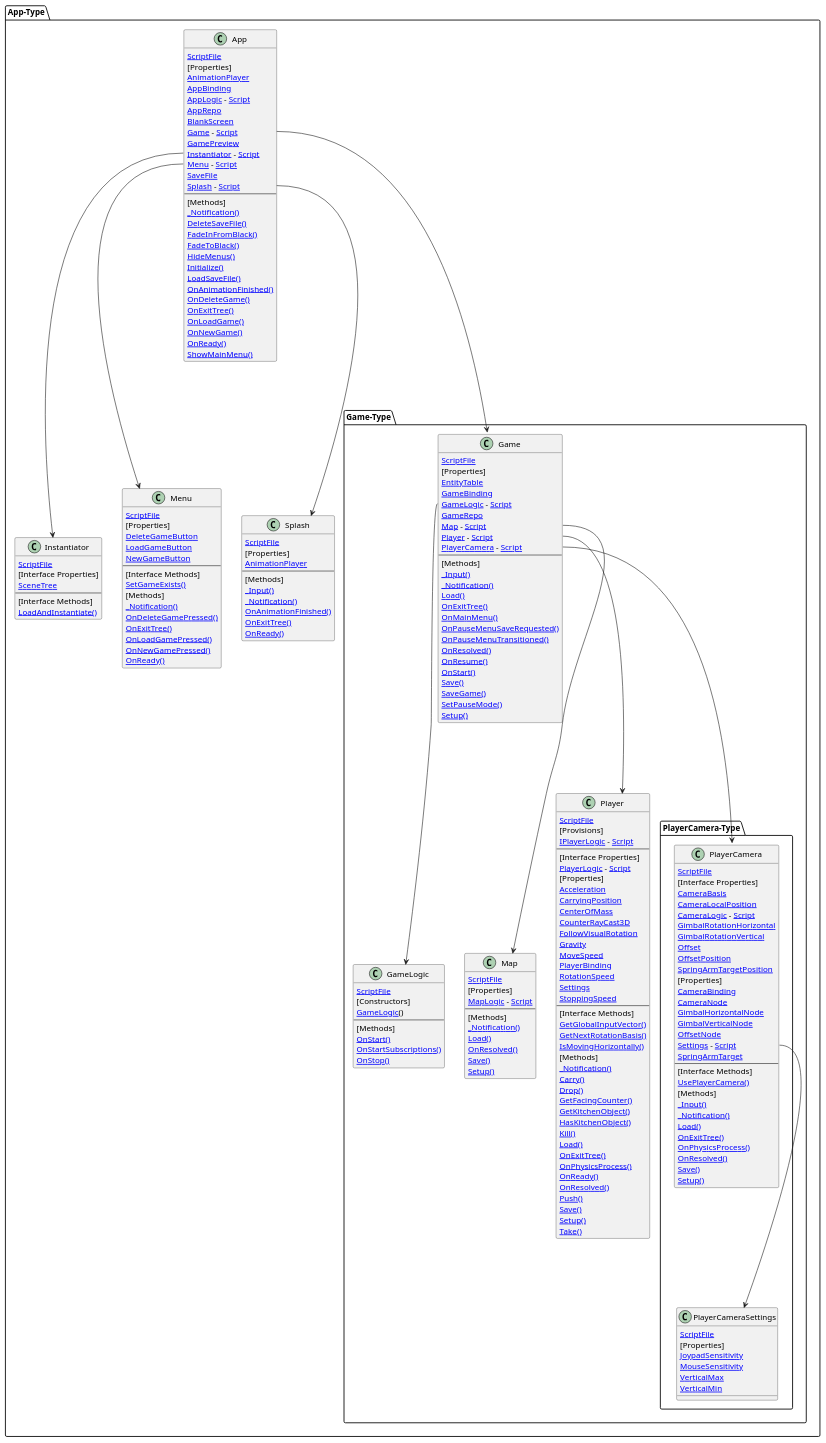
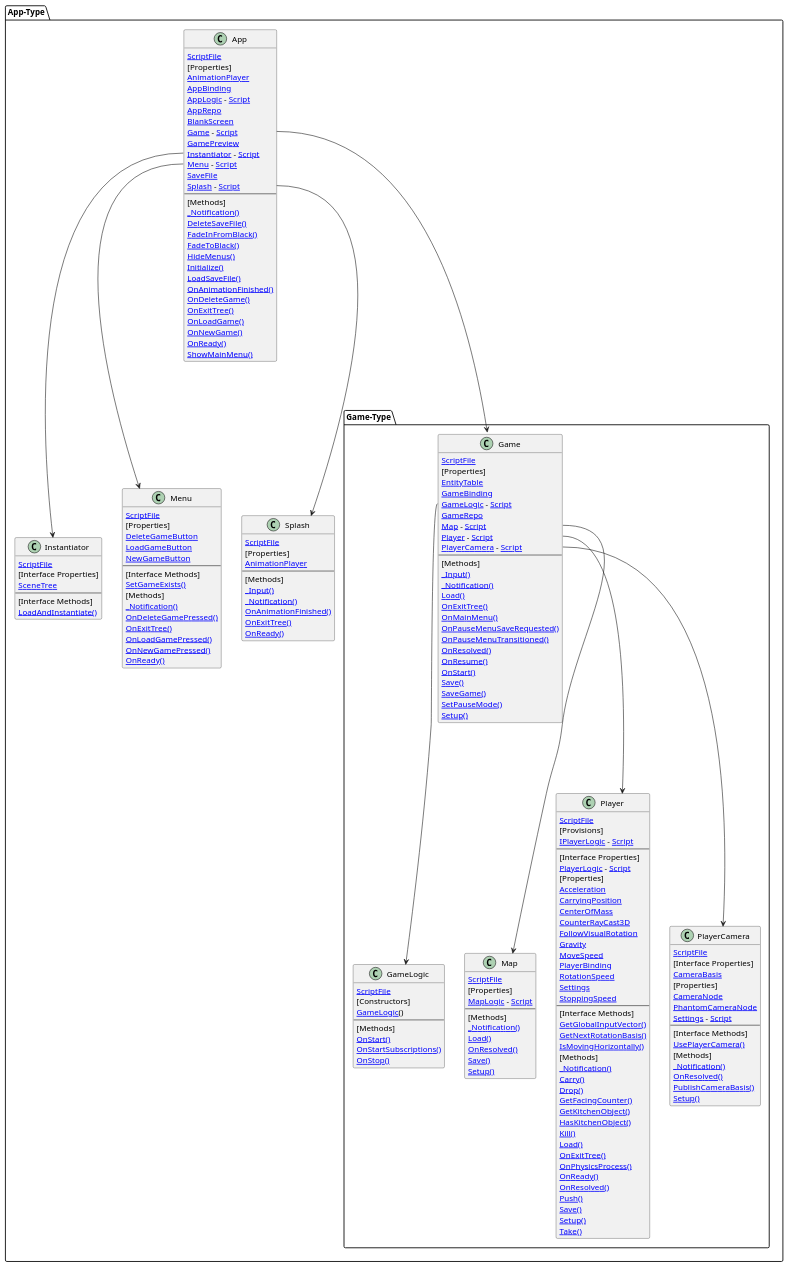
The diagram in src/app/App.g.puml (MaymeJetsoft/KitchenChaos), drawn with PlantUML before and after one commit. The commit also changed 29 other files, not shown here.

Commit message:
camera: replace origin camera by PhantomCamera

```diff
--- a/src/app/App.g.puml
+++ b/src/app/App.g.puml
@@ -37,28 +37,28 @@
             [[vscode://file/C:/Users/maxim/Documents/Godot/KitchenChaos/src/game/Game.cs ScriptFile]]
             [Properties]
             [[vscode://file/C:/Users/maxim/Documents/Godot/KitchenChaos/src/game/Game.cs:27 EntityTable]]
-            [[vscode://file/C:/Users/maxim/Documents/Godot/KitchenChaos/src/game/Game.cs:51 GameBinding]]
-            [[vscode://file/C:/Users/maxim/Documents/Godot/KitchenChaos/src/game/Game.cs:49 GameLogic]] - [[vscode://file/C:/Users/maxim/Documents/Godot/KitchenChaos/src/game/GameLogic.cs Script]]
-            [[vscode://file/C:/Users/maxim/Documents/Godot/KitchenChaos/src/game/Game.cs:48 GameRepo]]
-            [[vscode://file/C:/Users/maxim/Documents/Godot/KitchenChaos/src/game/Game.cs:59 Map]] - [[vscode://file/C:/Users/maxim/Documents/Godot/KitchenChaos/src/map/Map.cs Script]]
-            [[vscode://file/C:/Users/maxim/Documents/Godot/KitchenChaos/src/game/Game.cs:58 Player]] - [[vscode://file/C:/Users/maxim/Documents/Godot/KitchenChaos/src/player/Player.cs Script]]
-            [[vscode://file/C:/Users/maxim/Documents/Godot/KitchenChaos/src/game/Game.cs:57 PlayerCamera]] - [[vscode://file/C:/Users/maxim/Documents/Godot/KitchenChaos/src/player_camera/PlayerCamera.cs Script]]
+            [[vscode://file/C:/Users/maxim/Documents/Godot/KitchenChaos/src/game/Game.cs:49 GameBinding]]
+            [[vscode://file/C:/Users/maxim/Documents/Godot/KitchenChaos/src/game/Game.cs:47 GameLogic]] - [[vscode://file/C:/Users/maxim/Documents/Godot/KitchenChaos/src/game/GameLogic.cs Script]]
+            [[vscode://file/C:/Users/maxim/Documents/Godot/KitchenChaos/src/game/Game.cs:46 GameRepo]]
+            [[vscode://file/C:/Users/maxim/Documents/Godot/KitchenChaos/src/game/Game.cs:57 Map]] - [[vscode://file/C:/Users/maxim/Documents/Godot/KitchenChaos/src/map/Map.cs Script]]
+            [[vscode://file/C:/Users/maxim/Documents/Godot/KitchenChaos/src/game/Game.cs:56 Player]] - [[vscode://file/C:/Users/maxim/Documents/Godot/KitchenChaos/src/player/Player.cs Script]]
+            [[vscode://file/C:/Users/maxim/Documents/Godot/KitchenChaos/src/game/Game.cs:55 PlayerCamera]] - [[vscode://file/C:/Users/maxim/Documents/Godot/KitchenChaos/src/player_camera/PlayerCamera.cs Script]]
             --
             [Methods]
-            [[vscode://file/C:/Users/maxim/Documents/Godot/KitchenChaos/src/game/Game.cs:157 _Input()]]
+            [[vscode://file/C:/Users/maxim/Documents/Godot/KitchenChaos/src/game/Game.cs:155 _Input()]]
             [[vscode://file/C:/Users/maxim/Documents/Godot/KitchenChaos/src/game/Game.cs:20 _Notification()]]
-            [[vscode://file/C:/Users/maxim/Documents/Godot/KitchenChaos/src/game/Game.cs:37 Load()]]
-            [[vscode://file/C:/Users/maxim/Documents/Godot/KitchenChaos/src/game/Game.cs:186 OnExitTree()]]
-            [[vscode://file/C:/Users/maxim/Documents/Godot/KitchenChaos/src/game/Game.cs:165 OnMainMenu()]]
-            [[vscode://file/C:/Users/maxim/Documents/Godot/KitchenChaos/src/game/Game.cs:180 OnPauseMenuSaveRequested()]]
-            [[vscode://file/C:/Users/maxim/Documents/Godot/KitchenChaos/src/game/Game.cs:177 OnPauseMenuTransitioned()]]
-            [[vscode://file/C:/Users/maxim/Documents/Godot/KitchenChaos/src/game/Game.cs:99 OnResolved()]]
-            [[vscode://file/C:/Users/maxim/Documents/Godot/KitchenChaos/src/game/Game.cs:168 OnResume()]]
-            [[vscode://file/C:/Users/maxim/Documents/Godot/KitchenChaos/src/game/Game.cs:171 OnStart()]]
+            [[vscode://file/C:/Users/maxim/Documents/Godot/KitchenChaos/src/game/Game.cs:36 Load()]]
+            [[vscode://file/C:/Users/maxim/Documents/Godot/KitchenChaos/src/game/Game.cs:184 OnExitTree()]]
+            [[vscode://file/C:/Users/maxim/Documents/Godot/KitchenChaos/src/game/Game.cs:163 OnMainMenu()]]
+            [[vscode://file/C:/Users/maxim/Documents/Godot/KitchenChaos/src/game/Game.cs:178 OnPauseMenuSaveRequested()]]
+            [[vscode://file/C:/Users/maxim/Documents/Godot/KitchenChaos/src/game/Game.cs:175 OnPauseMenuTransitioned()]]
+            [[vscode://file/C:/Users/maxim/Documents/Godot/KitchenChaos/src/game/Game.cs:97 OnResolved()]]
+            [[vscode://file/C:/Users/maxim/Documents/Godot/KitchenChaos/src/game/Game.cs:166 OnResume()]]
+            [[vscode://file/C:/Users/maxim/Documents/Godot/KitchenChaos/src/game/Game.cs:169 OnStart()]]
             [[vscode://file/C:/Users/maxim/Documents/Godot/KitchenChaos/src/game/Game.cs:30 Save()]]
-            [[vscode://file/C:/Users/maxim/Documents/Godot/KitchenChaos/src/game/Game.cs:201 SaveGame()]]
-            [[vscode://file/C:/Users/maxim/Documents/Godot/KitchenChaos/src/game/Game.cs:207 SetPauseMode()]]
-            [[vscode://file/C:/Users/maxim/Documents/Godot/KitchenChaos/src/game/Game.cs:79 Setup()]]
+            [[vscode://file/C:/Users/maxim/Documents/Godot/KitchenChaos/src/game/Game.cs:199 SaveGame()]]
+            [[vscode://file/C:/Users/maxim/Documents/Godot/KitchenChaos/src/game/Game.cs:205 SetPauseMode()]]
+            [[vscode://file/C:/Users/maxim/Documents/Godot/KitchenChaos/src/game/Game.cs:77 Setup()]]
         }
         class GameLogic  {
             [[vscode://file/C:/Users/maxim/Documents/Godot/KitchenChaos/src/game/GameLogic.cs ScriptFile]]
@@ -124,48 +124,22 @@
             [[vscode://file/C:/Users/maxim/Documents/Godot/KitchenChaos/src/player/Player.cs:152 Setup()]]
             [[vscode://file/C:/Users/maxim/Documents/Godot/KitchenChaos/src/player/Player.cs:74 Take()]]
         }
-        package PlayerCamera-Type [[vscode://file/C:/Users/maxim/Documents/Godot/KitchenChaos/src/player_camera/PlayerCamera.cs]] {
-            class PlayerCamera  {
-                [[vscode://file/C:/Users/maxim/Documents/Godot/KitchenChaos/src/player_camera/PlayerCamera.cs ScriptFile]]
-                [Interface Properties]
-                [[vscode://file/C:/Users/maxim/Documents/Godot/KitchenChaos/src/player_camera/PlayerCamera.cs:130 CameraBasis]]
-                [[vscode://file/C:/Users/maxim/Documents/Godot/KitchenChaos/src/player_camera/PlayerCamera.cs:126 CameraLocalPosition]]
-                [[vscode://file/C:/Users/maxim/Documents/Godot/KitchenChaos/src/player_camera/PlayerCamera.cs:91 CameraLogic]] - [[vscode://file/C:/Users/maxim/Documents/Godot/KitchenChaos/src/player_camera/PlayerCameraLogic.Data.cs Script]]
-                [[vscode://file/C:/Users/maxim/Documents/Godot/KitchenChaos/src/player_camera/PlayerCamera.cs:127 GimbalRotationHorizontal]]
-                [[vscode://file/C:/Users/maxim/Documents/Godot/KitchenChaos/src/player_camera/PlayerCamera.cs:128 GimbalRotationVertical]]
-                [[vscode://file/C:/Users/maxim/Documents/Godot/KitchenChaos/src/player_camera/PlayerCamera.cs:99 Offset]]
-                [[vscode://file/C:/Users/maxim/Documents/Godot/KitchenChaos/src/player_camera/PlayerCamera.cs:133 OffsetPosition]]
-                [[vscode://file/C:/Users/maxim/Documents/Godot/KitchenChaos/src/player_camera/PlayerCamera.cs:125 SpringArmTargetPosition]]
-                [Properties]
-                [[vscode://file/C:/Users/maxim/Documents/Godot/KitchenChaos/src/player_camera/PlayerCamera.cs:93 CameraBinding]]
-                [[vscode://file/C:/Users/maxim/Documents/Godot/KitchenChaos/src/player_camera/PlayerCamera.cs:116 CameraNode]]
-                [[vscode://file/C:/Users/maxim/Documents/Godot/KitchenChaos/src/player_camera/PlayerCamera.cs:110 GimbalHorizontalNode]]
-                [[vscode://file/C:/Users/maxim/Documents/Godot/KitchenChaos/src/player_camera/PlayerCamera.cs:113 GimbalVerticalNode]]
-                [[vscode://file/C:/Users/maxim/Documents/Godot/KitchenChaos/src/player_camera/PlayerCamera.cs:108 OffsetNode]]
-                [[vscode://file/C:/Users/maxim/Documents/Godot/KitchenChaos/src/player_camera/PlayerCamera.cs:101 Settings]] - [[vscode://file/C:/Users/maxim/Documents/Godot/KitchenChaos/src/player_camera/PlayerCameraSettings.cs Script]]
-                [[vscode://file/C:/Users/maxim/Documents/Godot/KitchenChaos/src/player_camera/PlayerCamera.cs:118 SpringArmTarget]]
-                --
-                [Interface Methods]
-                [[vscode://file/C:/Users/maxim/Documents/Godot/KitchenChaos/src/player_camera/PlayerCamera.cs:209 UsePlayerCamera()]]
-                [Methods]
-                [[vscode://file/C:/Users/maxim/Documents/Godot/KitchenChaos/src/player_camera/PlayerCamera.cs:201 _Input()]]
-                [[vscode://file/C:/Users/maxim/Documents/Godot/KitchenChaos/src/player_camera/PlayerCamera.cs:63 _Notification()]]
-                [[vscode://file/C:/Users/maxim/Documents/Godot/KitchenChaos/src/player_camera/PlayerCamera.cs:75 Load()]]
-                [[vscode://file/C:/Users/maxim/Documents/Godot/KitchenChaos/src/player_camera/PlayerCamera.cs:211 OnExitTree()]]
-                [[vscode://file/C:/Users/maxim/Documents/Godot/KitchenChaos/src/player_camera/PlayerCamera.cs:178 OnPhysicsProcess()]]
-                [[vscode://file/C:/Users/maxim/Documents/Godot/KitchenChaos/src/player_camera/PlayerCamera.cs:156 OnResolved()]]
-                [[vscode://file/C:/Users/maxim/Documents/Godot/KitchenChaos/src/player_camera/PlayerCamera.cs:67 Save()]]
-                [[vscode://file/C:/Users/maxim/Documents/Godot/KitchenChaos/src/player_camera/PlayerCamera.cs:137 Setup()]]
-            }
-            class PlayerCameraSettings  {
-                [[vscode://file/C:/Users/maxim/Documents/Godot/KitchenChaos/src/player_camera/PlayerCameraSettings.cs ScriptFile]]
-                [Properties]
-                [[vscode://file/C:/Users/maxim/Documents/Godot/KitchenChaos/src/player_camera/PlayerCameraSettings.cs:11 JoypadSensitivity]]
-                [[vscode://file/C:/Users/maxim/Documents/Godot/KitchenChaos/src/player_camera/PlayerCameraSettings.cs:8 MouseSensitivity]]
-                [[vscode://file/C:/Users/maxim/Documents/Godot/KitchenChaos/src/player_camera/PlayerCameraSettings.cs:17 VerticalMax]]
-                [[vscode://file/C:/Users/maxim/Documents/Godot/KitchenChaos/src/player_camera/PlayerCameraSettings.cs:23 VerticalMin]]
-            }
-            PlayerCamera::PlayerCameraSettings ---> PlayerCameraSettings
+        class PlayerCamera  {
+            [[vscode://file/C:/Users/maxim/Documents/Godot/KitchenChaos/src/player_camera/PlayerCamera.cs ScriptFile]]
+            [Interface Properties]
+            [[vscode://file/C:/Users/maxim/Documents/Godot/KitchenChaos/src/player_camera/PlayerCamera.cs:51 CameraBasis]]
+            [Properties]
+            [[vscode://file/C:/Users/maxim/Documents/Godot/KitchenChaos/src/player_camera/PlayerCamera.cs:42 CameraNode]]
+            [[vscode://file/C:/Users/maxim/Documents/Godot/KitchenChaos/src/player_camera/PlayerCamera.cs:44 PhantomCameraNode]]
+            [[vscode://file/C:/Users/maxim/Documents/Godot/KitchenChaos/src/player_camera/PlayerCamera.cs:35 Settings]] - [[vscode://file/C:/Users/maxim/Documents/Godot/KitchenChaos/src/player_camera/PlayerCameraSettings.cs Script]]
+            --
+            [Interface Methods]
+            [[vscode://file/C:/Users/maxim/Documents/Godot/KitchenChaos/src/player_camera/PlayerCamera.cs:94 UsePlayerCamera()]]
+            [Methods]
+            [[vscode://file/C:/Users/maxim/Documents/Godot/KitchenChaos/src/player_camera/PlayerCamera.cs:25 _Notification()]]
+            [[vscode://file/C:/Users/maxim/Documents/Godot/KitchenChaos/src/player_camera/PlayerCamera.cs:57 OnResolved()]]
+            [[vscode://file/C:/Users/maxim/Documents/Godot/KitchenChaos/src/player_camera/PlayerCamera.cs:110 PublishCameraBasis()]]
+            [[vscode://file/C:/Users/maxim/Documents/Godot/KitchenChaos/src/player_camera/PlayerCamera.cs:55 Setup()]]
         }
         Game::GameLogic ---> GameLogic
         Game::Map ---> Map
```
